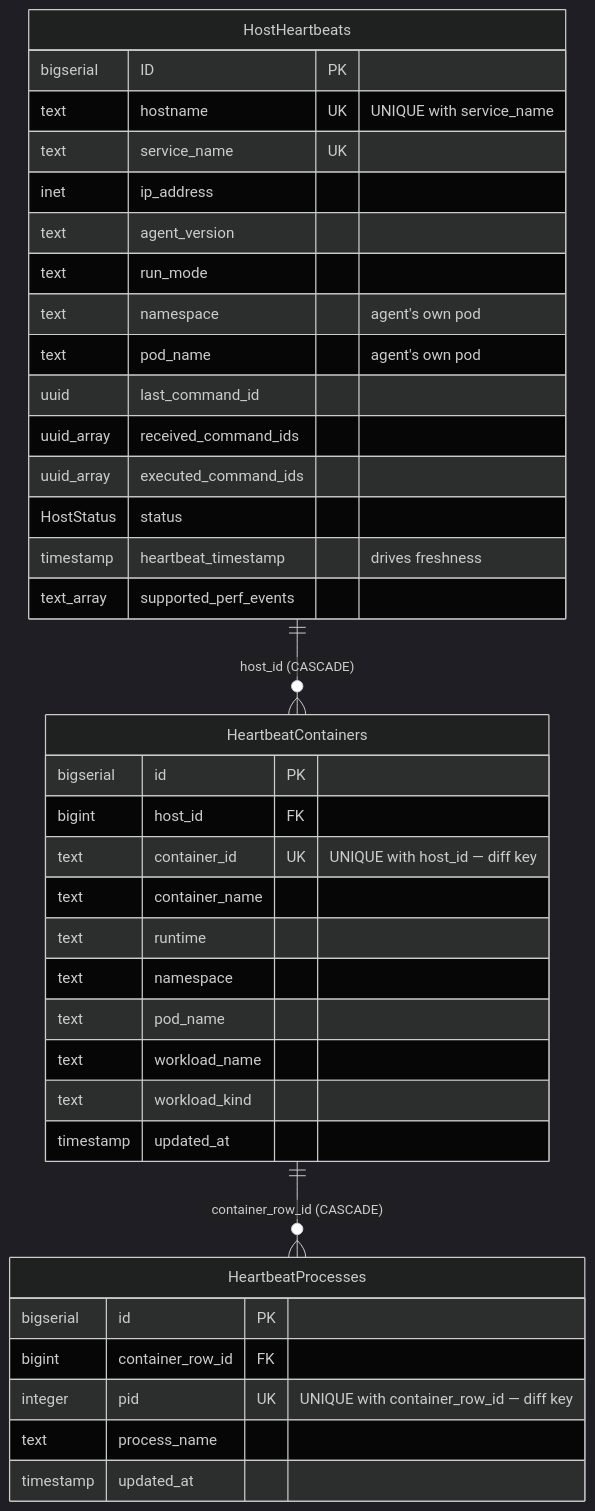
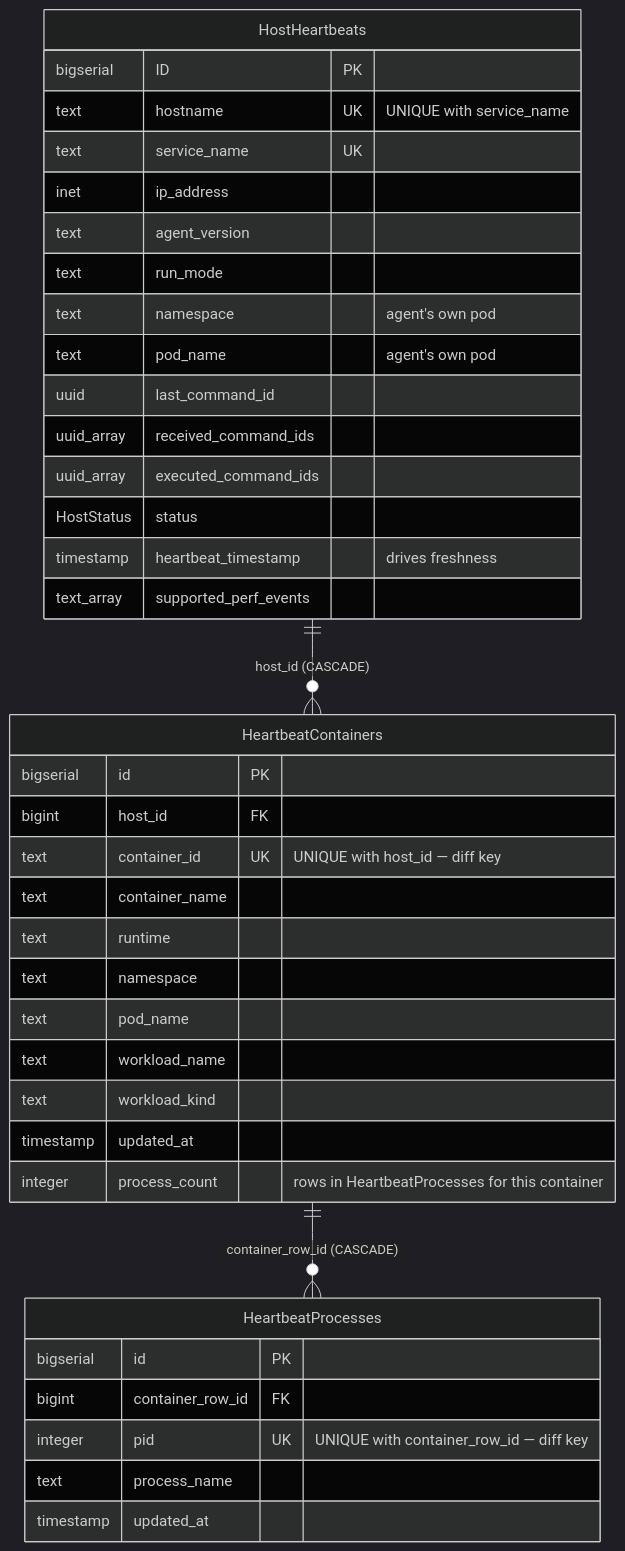
Before and after one commit to pinterest/gprofiler-performance-studio: the first of 2 diagrams in heartbeat_doc/WORKLOAD_LEVEL_PROFILING_SPEC.md, drawn with Mermaid (dark theme). The commit also changed other lines of this file and 4 other files, not shown here.

````diff
--- a/heartbeat_doc/WORKLOAD_LEVEL_PROFILING_SPEC.md
+++ b/heartbeat_doc/WORKLOAD_LEVEL_PROFILING_SPEC.md
@@ -93,40 +93,41 @@
 ```mermaid
 erDiagram
     HostHeartbeats ||--o{ HeartbeatContainers : "host_id (CASCADE)"
     HeartbeatContainers ||--o{ HeartbeatProcesses : "container_row_id (CASCADE)"
     HostHeartbeats {
         bigserial ID PK
         text hostname UK "UNIQUE with service_name"
         text service_name UK
         inet ip_address
         text agent_version
         text run_mode
         text namespace "agent's own pod"
         text pod_name "agent's own pod"
         uuid last_command_id
         uuid_array received_command_ids
         uuid_array executed_command_ids
         HostStatus status
         timestamp heartbeat_timestamp "drives freshness"
         text_array supported_perf_events
     }
     HeartbeatContainers {
         bigserial id PK
         bigint host_id FK
         text container_id UK "UNIQUE with host_id — diff key"
         text container_name
         text runtime
         text namespace
         text pod_name
         text workload_name
         text workload_kind
         timestamp updated_at
+        integer process_count "rows in HeartbeatProcesses for this container"
     }
     HeartbeatProcesses {
         bigserial id PK
         bigint container_row_id FK
         integer pid UK "UNIQUE with container_row_id — diff key"
         text process_name
         timestamp updated_at
     }
 ```
````
